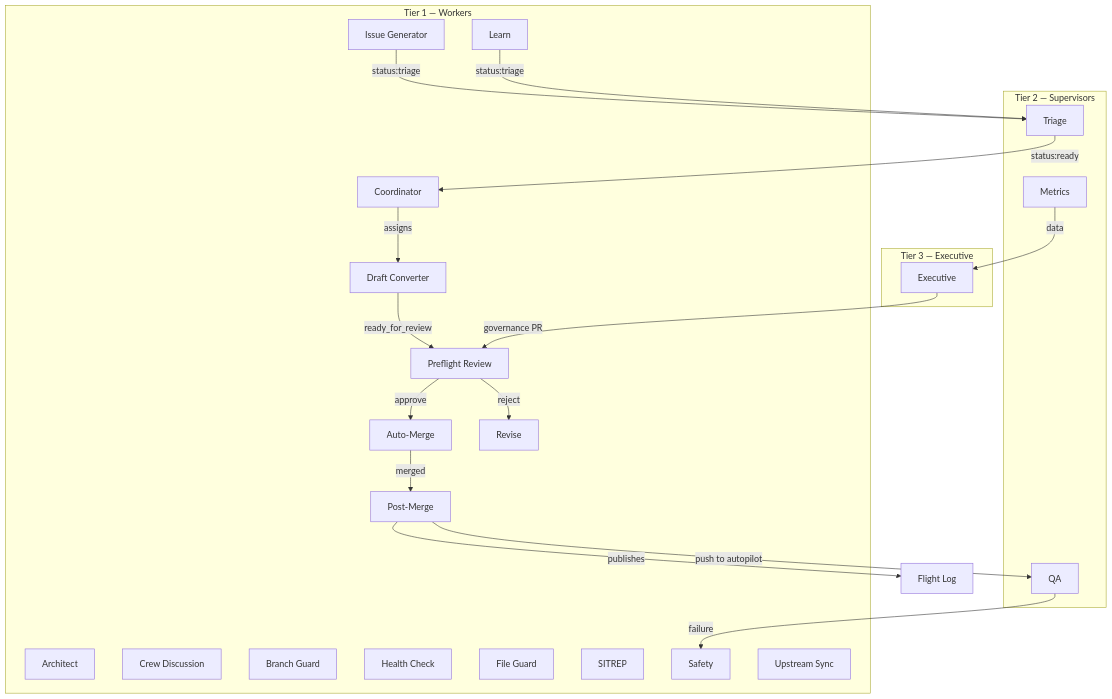
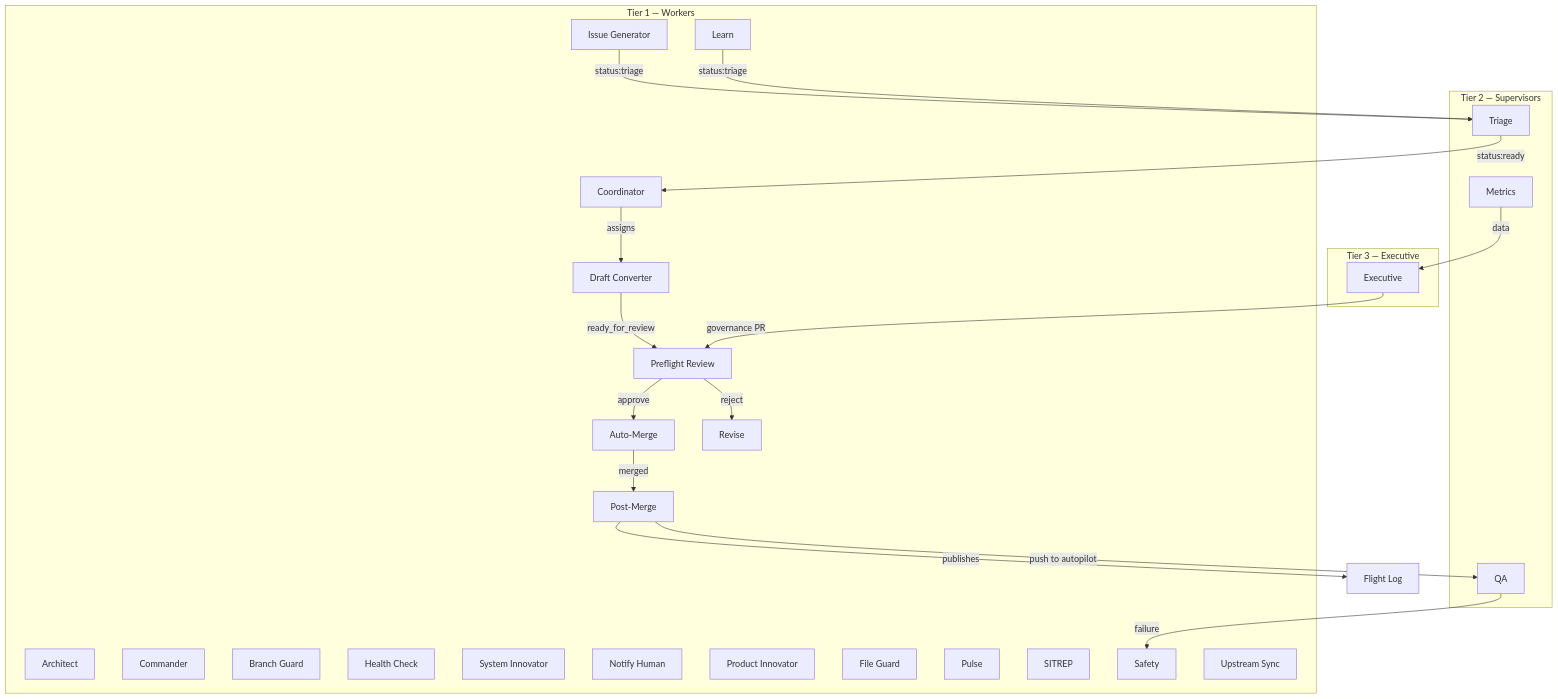
The diagram in ARCHITECTURE.md (nopilots/wordpress-develop), drawn with Mermaid before and after one commit. The commit also changed other lines of this file, not shown here.

Commit message:
Update architecture diagram

````diff
--- a/ARCHITECTURE.md
+++ b/ARCHITECTURE.md
@@ -11,49 +11,55 @@
 ```mermaid
 graph TD
 
     subgraph "Tier 3 — Executive"
         EXECUTIVE["Executive"]
     end
 
     subgraph "Tier 2 — Supervisors"
         METRICS["Metrics"]
         QA["QA"]
         TRIAGE["Triage"]
     end
 
     subgraph "Tier 1 — Workers"
         ARCHITECT["Architect"]
         CLEANUP["Post-Merge"]
+        COMMANDER["Commander"]
         COORDINATOR["Coordinator"]
-        DISCUSS["Crew Discussion"]
         GUARD["Branch Guard"]
         HEALTH-CHECK["Health Check"]
+        INNOVATOR["System Innovator"]
         ISSUE-GENERATOR["Issue Generator"]
         LEARN["Learn"]
         MERGE["Auto-Merge"]
+        NOTIFY["Notify Human"]
+        PRODUCT-INNOVATOR["Product Innovator"]
         PROTECTED-FILES["File Guard"]
+        PULSE["Pulse"]
         READY["Draft Converter"]
         REFLECTION["SITREP"]
         REVIEW["Preflight Review"]
         REVISE["Revise"]
         SAFETY["Safety"]
         SYNC-UPSTREAM["Upstream Sync"]
     end
 
     %% Data flows
     ISSUE-GENERATOR -->|status:triage| TRIAGE
     LEARN -->|status:triage| TRIAGE
     TRIAGE -->|status:ready| COORDINATOR
     COORDINATOR -->|assigns| READY["Draft Converter"]
     READY -->|ready_for_review| REVIEW
     REVIEW -->|approve| MERGE["Auto-Merge"]
     REVIEW -->|reject| REVISE
     MERGE -->|merged| CLEANUP
     CLEANUP -->|push to autopilot| QA
     CLEANUP -->|publishes| FL["Flight Log"]
     QA -->|failure| SAFETY
     METRICS -->|data| EXECUTIVE
     EXECUTIVE -->|governance PR| REVIEW
 
+    %% Composite action: escalate-to-human
     %% Composite action: publish-to-flight-log
+    %% Composite action: read-from-flight-log
 ```
````
